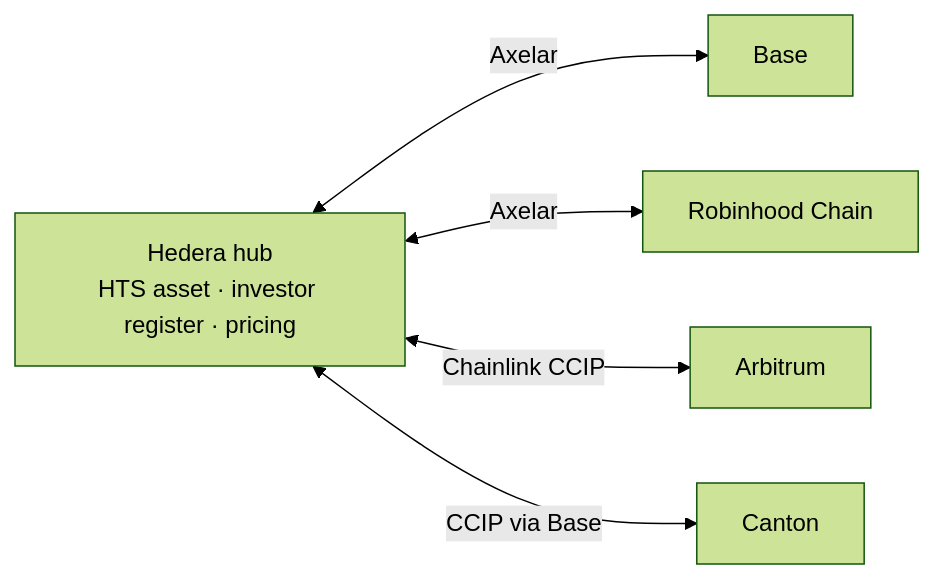
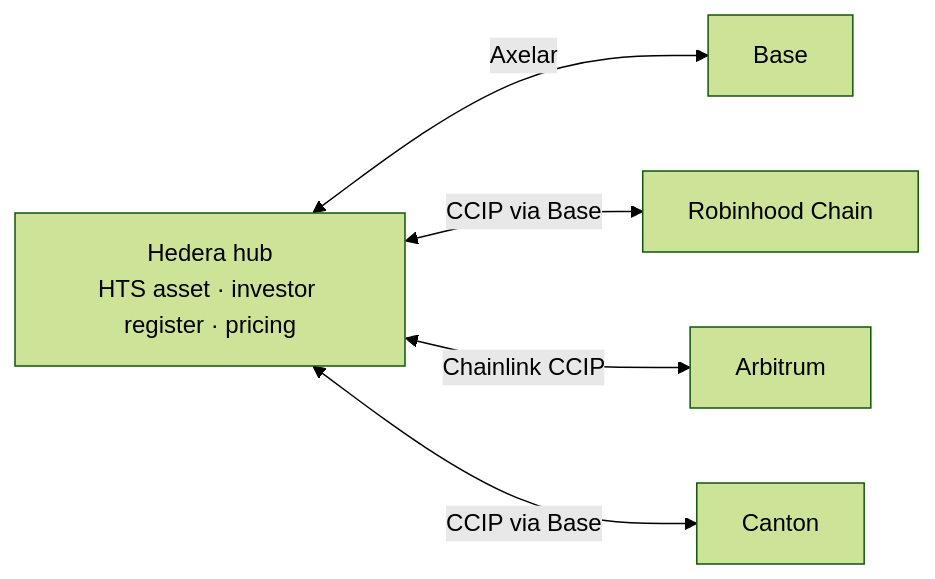
Before and after one commit to MukulKolpe/atollway: the diagram in README.md, drawn with Mermaid (forest theme). The commit also changed other lines of this file and 2 other files, not shown here.

Commit message:
docs: finish the more-spokes milestone

````diff
--- a/README.md
+++ b/README.md
@@ -19,8 +19,8 @@
 ```mermaid
 flowchart LR
   hub["Hedera hub<br/>HTS asset · investor register · pricing"]
   hub <-->|Axelar| a["Base"]
-  hub <-->|Axelar| b["Robinhood Chain"]
+  hub <-->|CCIP via Base| b["Robinhood Chain"]
   hub <-->|Chainlink CCIP| c["Arbitrum"]
   hub <-->|CCIP via Base| d["Canton"]
 ```
````
